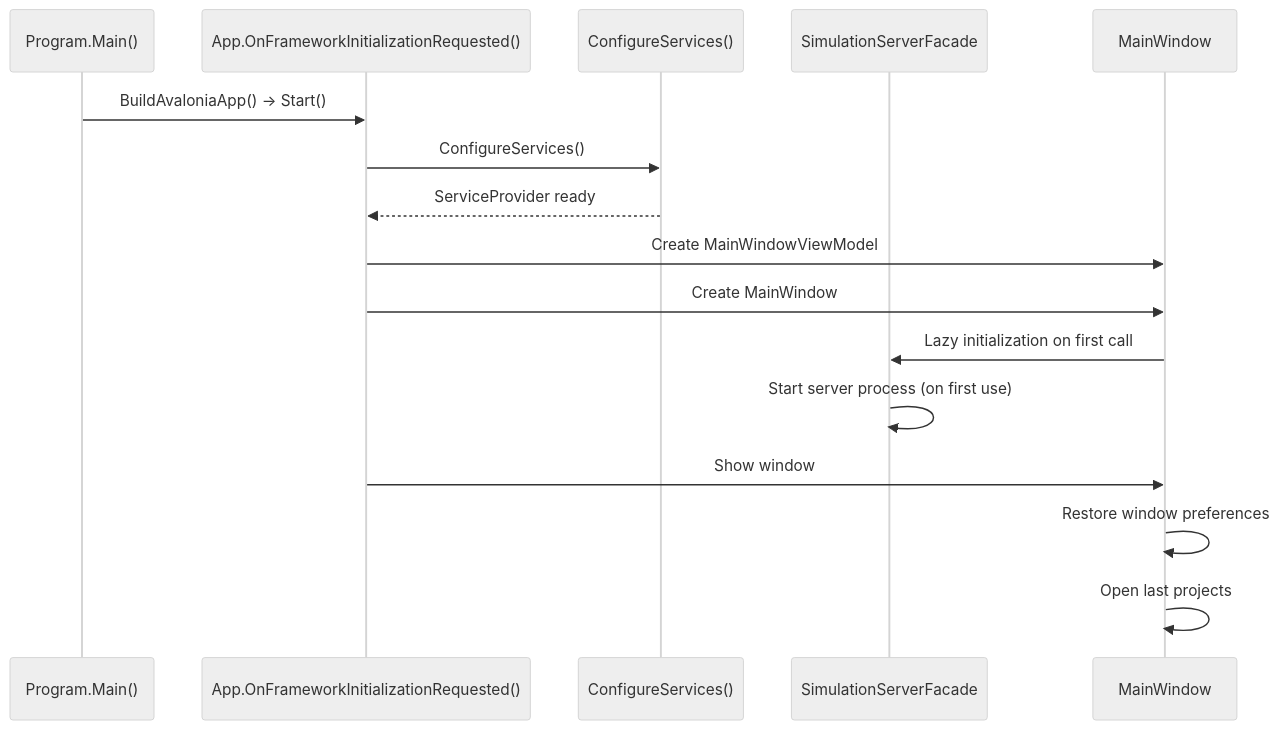
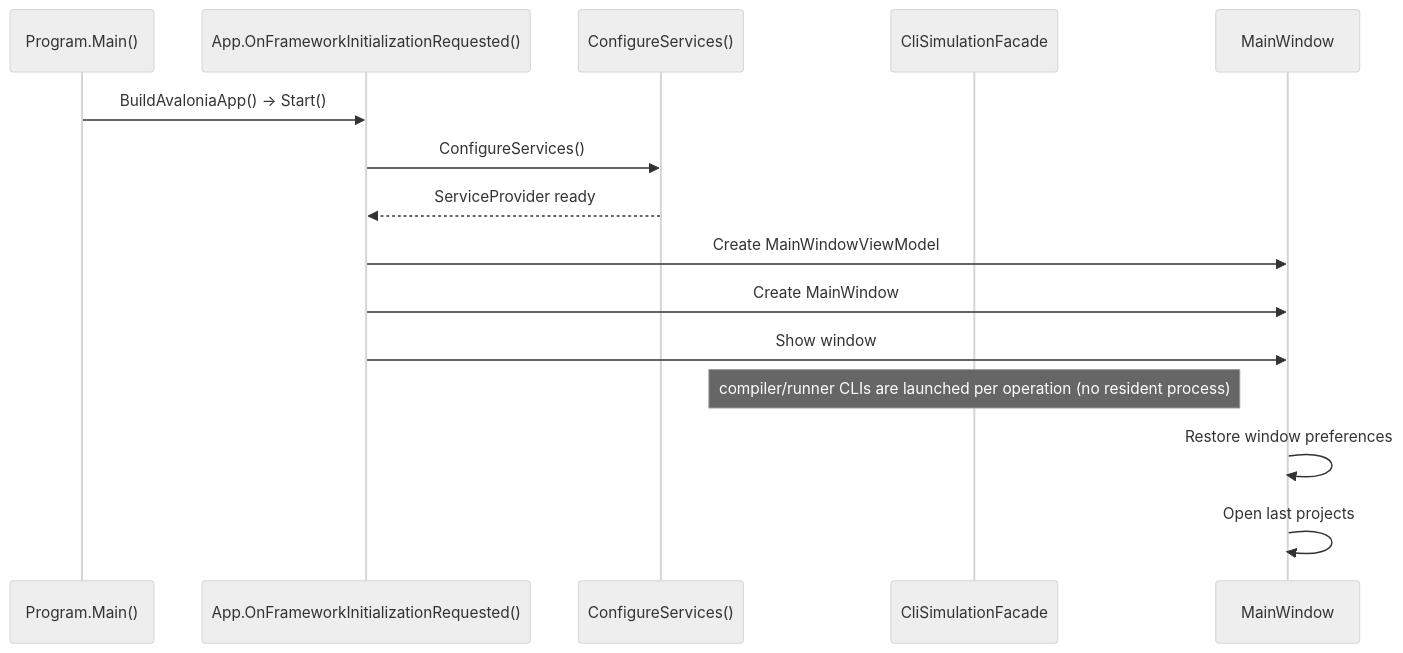
Before and after one commit to SmallBossGames/isma-ui-avalonia: the second of 2 diagrams in docs/features/01-overview.md, drawn with Mermaid (neutral theme). The commit also changed other lines of this file and 39 other files, not shown here.

````diff
--- a/docs/features/01-overview.md
+++ b/docs/features/01-overview.md
@@ -97,19 +98,18 @@
 ```mermaid
 sequenceDiagram
     participant Main as Program.Main()
     participant App as App.OnFrameworkInitializationRequested()
     participant DI as ConfigureServices()
-    participant Server as SimulationServerFacade
+    participant Facade as CliSimulationFacade
     participant Window as MainWindow
 
     Main->>App: BuildAvaloniaApp() → Start()
     App->>DI: ConfigureServices()
     DI-->>App: ServiceProvider ready
     App->>Window: Create MainWindowViewModel
     App->>Window: Create MainWindow
-    Window->>Server: Lazy initialization on first call
-    Server->>Server: Start server process (on first use)
     App->>Window: Show window
+    Note over Facade: compiler/runner CLIs are launched per operation (no resident process)
     Window->>Window: Restore window preferences
     Window->>Window: Open last projects
 ```
````
